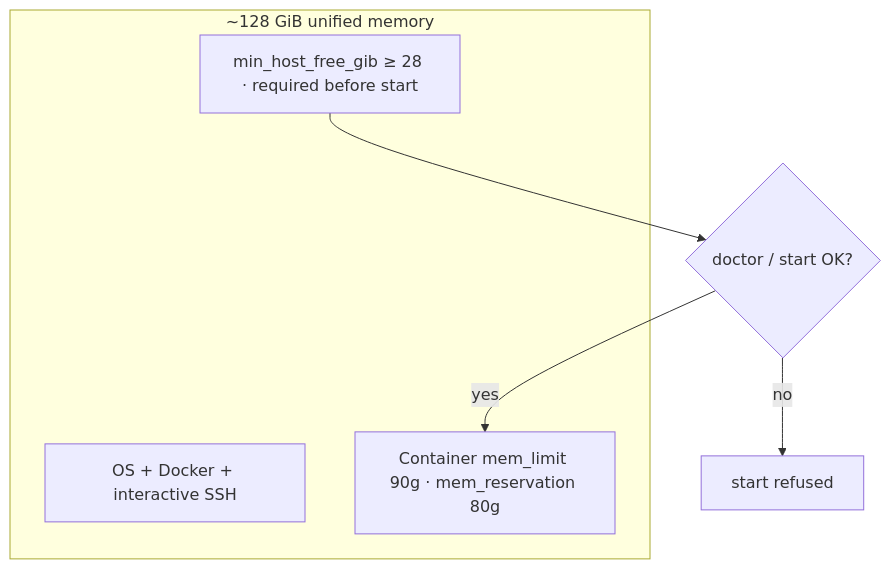
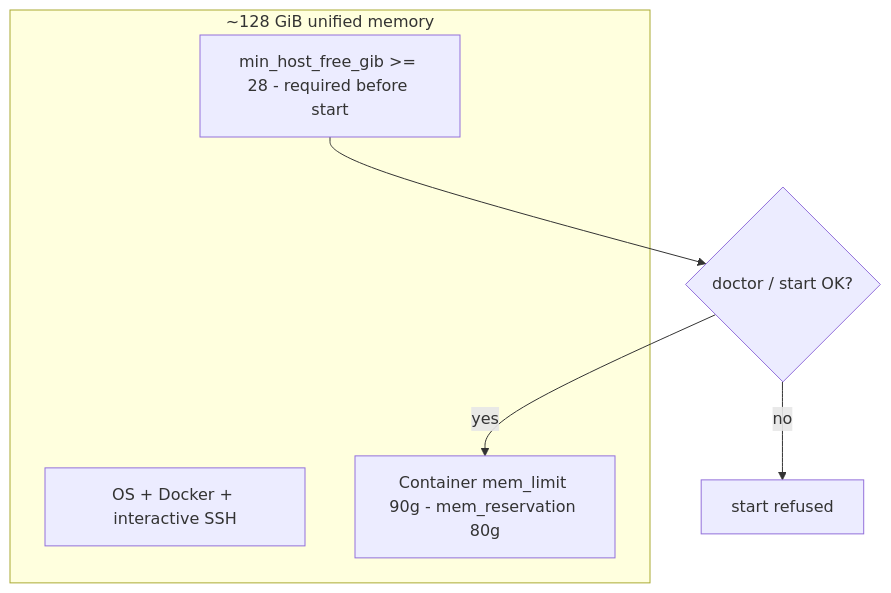
One commit to toxicoder/ez-comfy-stack changed the second of 5 diagrams in docs/learn/hardware.mdx. Above: the diagram before and after it, drawn with Mermaid. The commit also changed other lines of this file and 1894 other files, not shown here.

````diff
--- a/docs/learn/hardware.mdx
+++ b/docs/learn/hardware.mdx
@@ -48,11 +48,11 @@
 ```mermaid
 flowchart TB
   subgraph UM["~128 GiB unified memory"]
     OS["OS + Docker + interactive SSH"]
-    Free["min_host_free_gib ≥ 28 · required before start"]
-    Cont["Container mem_limit 90g · mem_reservation 80g"]
+    Free["min_host_free_gib >= 28 - required before start"]
+    Cont["Container mem_limit 90g - mem_reservation 80g"]
   end
   Free --> Gate{"doctor / start OK?"}
   Gate -->|yes| Cont
   Gate -->|no| Refuse["start refused"]
 ```
````
